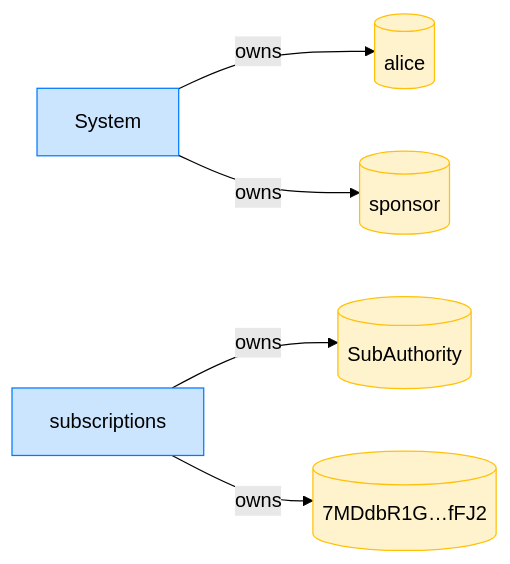
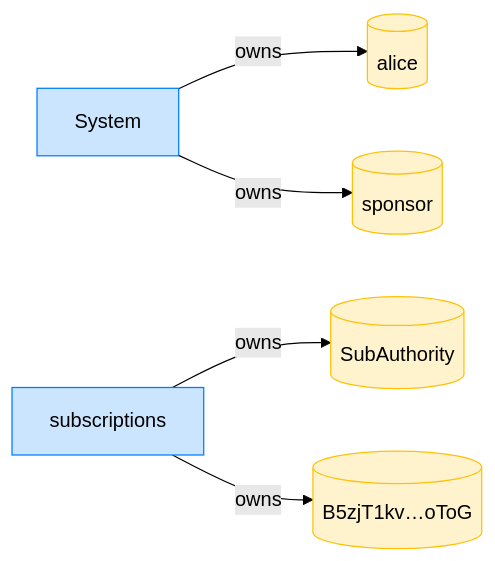
One commit to cds-rs/subscriptions changed the eighth of 8 diagrams in dsl_tests/a-sponsor-cannot-revoke-a-non-expired-recurring-delegation.md. Above: the diagram before and after it, drawn with Mermaid (forest theme). The commit also changed other lines of this file and 224 other files, not shown here.

````diff
--- a/dsl_tests/a-sponsor-cannot-revoke-a-non-expired-recurring-delegation.md
+++ b/dsl_tests/a-sponsor-cannot-revoke-a-non-expired-recurring-delegation.md
@@ -150,15 +158,15 @@
 ```mermaid
 flowchart LR
     classDef owner fill:#cce5ff,stroke:#007bff;
     classDef account fill:#fff3cd,stroke:#ffc107;
     System[System]:::owner
     alice[(alice)]:::account
     subscriptions[subscriptions]:::owner
     SubAuthority[(SubAuthority)]:::account
-    7MDdbR1G_fFJ2[("7MDdbR1G…fFJ2")]:::account
+    B5zjT1kv_oToG[("B5zjT1kv…oToG")]:::account
     sponsor[(sponsor)]:::account
     System -->|owns| alice
     subscriptions -->|owns| SubAuthority
-    subscriptions -->|owns| 7MDdbR1G_fFJ2
+    subscriptions -->|owns| B5zjT1kv_oToG
     System -->|owns| sponsor
 ```
````
